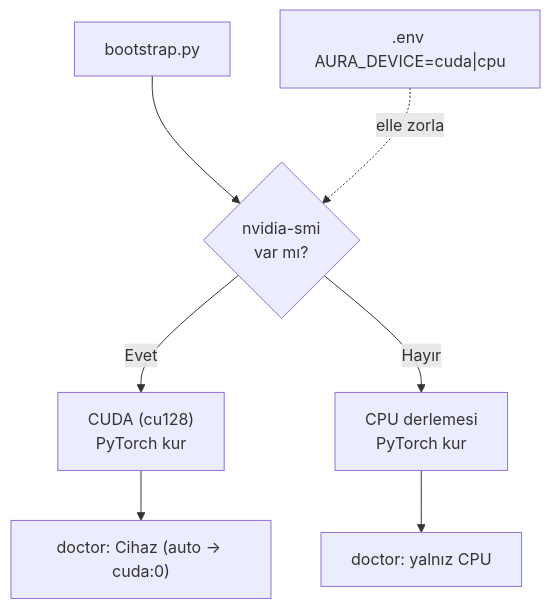
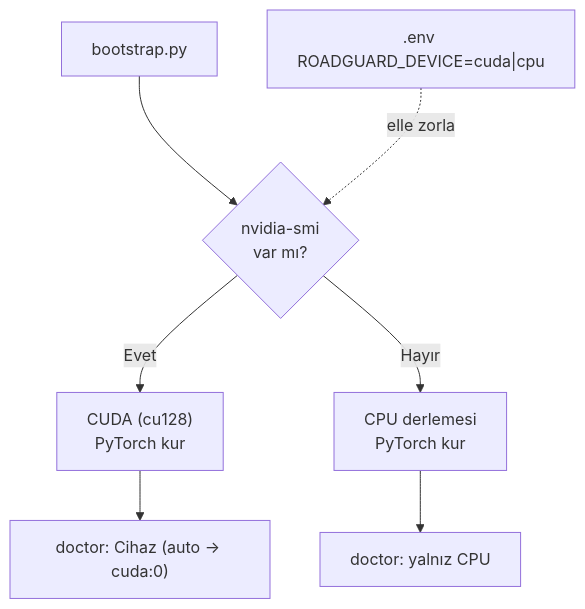
One commit to cleoanka/teknofest-prototip.v2 changed the first of 2 diagrams in docs/windows.md. Above: the diagram before and after it, drawn with Mermaid. The commit also changed other lines of this file and 233 other files, not shown here.

First line of the commit message:
rebrand: tam iç rename — aura → roadguard (paket + env + sınıf + alan adları)

````diff
--- a/docs/windows.md
+++ b/docs/windows.md
@@ -62,9 +62,9 @@
 ```mermaid
 flowchart TD
     A["bootstrap.py"] --> B{"nvidia-smi<br/>var mı?"}
     B -- "Evet" --> C["CUDA (cu128)<br/>PyTorch kur"]
     B -- "Hayır" --> D["CPU derlemesi<br/>PyTorch kur"]
-    E[".env AURA_DEVICE=cuda|cpu"] -. "elle zorla" .-> B
+    E[".env ROADGUARD_DEVICE=cuda|cpu"] -. "elle zorla" .-> B
     C --> F["doctor: Cihaz (auto → cuda:0)"]
     D --> G["doctor: yalnız CPU"]
 ```
````
